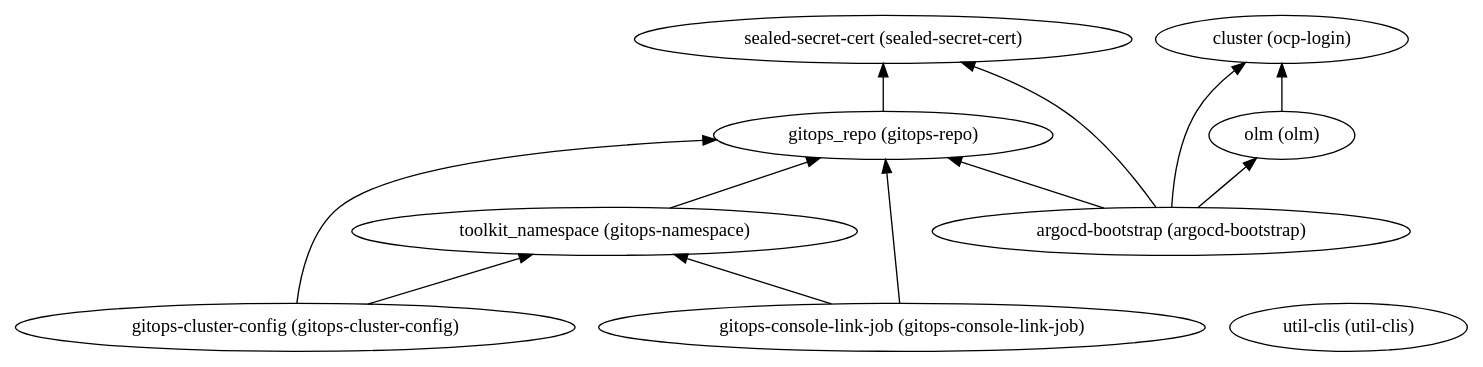
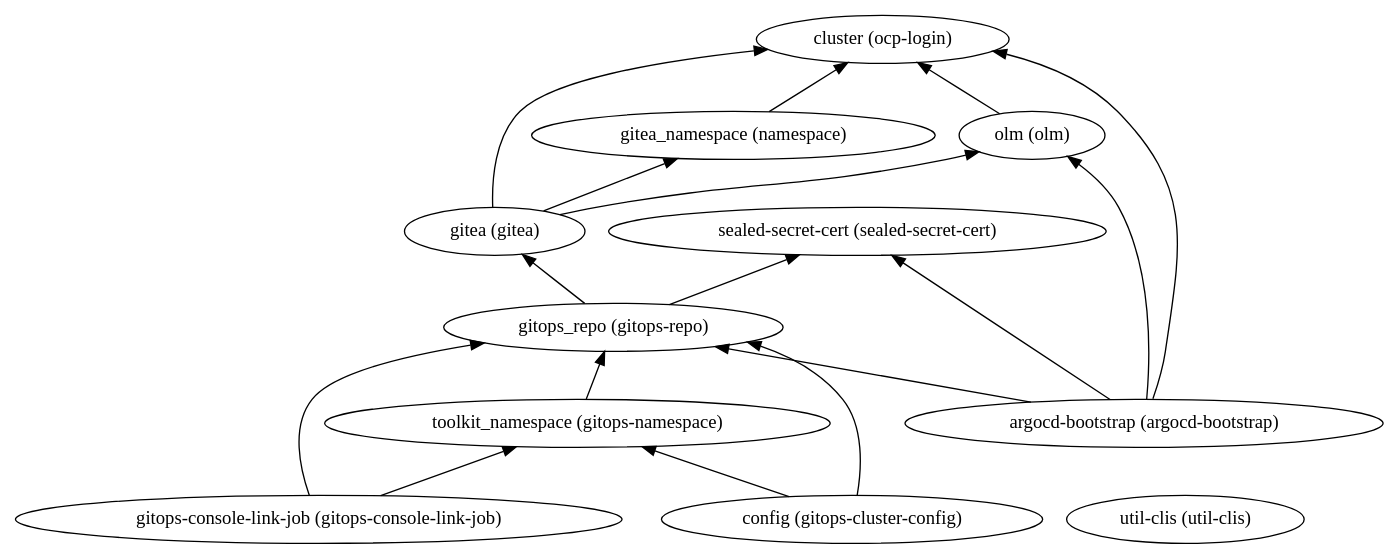
The diagram in 1-quickstart/200-openshift-gitops/dependencies.dot (IBM/automation-azure-infra-openshift), drawn with Graphviz before and after one commit. The commit also changed 26 other files, not shown here.

```diff
--- a/1-quickstart/200-openshift-gitops/dependencies.dot
+++ b/1-quickstart/200-openshift-gitops/dependencies.dot
@@ -1,23 +1,30 @@
 digraph {
     rankdir="BT"
-    "gitops_repo (gitops-repo)" -> "sealed-secret-cert (sealed-secret-cert)"
+    "config (gitops-cluster-config)" -> "gitops_repo (gitops-repo)"
+"config (gitops-cluster-config)" -> "toolkit_namespace (gitops-namespace)"
+"config (gitops-cluster-config)"
+"gitops_repo (gitops-repo)" -> "sealed-secret-cert (sealed-secret-cert)"
+"gitops_repo (gitops-repo)" -> "gitea (gitea)"
 "gitops_repo (gitops-repo)"
 "sealed-secret-cert (sealed-secret-cert)"
+"gitea (gitea)" -> "cluster (ocp-login)"
+"gitea (gitea)" -> "olm (olm)"
+"gitea (gitea)" -> "gitea_namespace (namespace)"
+"gitea (gitea)"
+"cluster (ocp-login)"
+"olm (olm)" -> "cluster (ocp-login)"
+"olm (olm)"
+"gitea_namespace (namespace)" -> "cluster (ocp-login)"
+"gitea_namespace (namespace)"
+"toolkit_namespace (gitops-namespace)" -> "gitops_repo (gitops-repo)"
+"toolkit_namespace (gitops-namespace)"
 "argocd-bootstrap (argocd-bootstrap)" -> "cluster (ocp-login)"
 "argocd-bootstrap (argocd-bootstrap)" -> "olm (olm)"
 "argocd-bootstrap (argocd-bootstrap)" -> "gitops_repo (gitops-repo)"
 "argocd-bootstrap (argocd-bootstrap)" -> "sealed-secret-cert (sealed-secret-cert)"
 "argocd-bootstrap (argocd-bootstrap)"
-"cluster (ocp-login)"
-"olm (olm)" -> "cluster (ocp-login)"
-"olm (olm)"
-"gitops-cluster-config (gitops-cluster-config)" -> "gitops_repo (gitops-repo)"
-"gitops-cluster-config (gitops-cluster-config)" -> "toolkit_namespace (gitops-namespace)"
-"gitops-cluster-config (gitops-cluster-config)"
-"toolkit_namespace (gitops-namespace)" -> "gitops_repo (gitops-repo)"
-"toolkit_namespace (gitops-namespace)"
 "gitops-console-link-job (gitops-console-link-job)" -> "gitops_repo (gitops-repo)"
 "gitops-console-link-job (gitops-console-link-job)" -> "toolkit_namespace (gitops-namespace)"
 "gitops-console-link-job (gitops-console-link-job)"
 "util-clis (util-clis)"
   }
```
